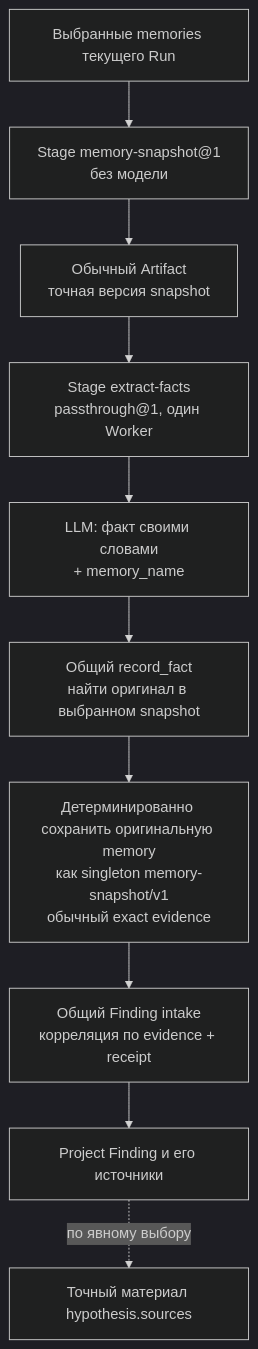
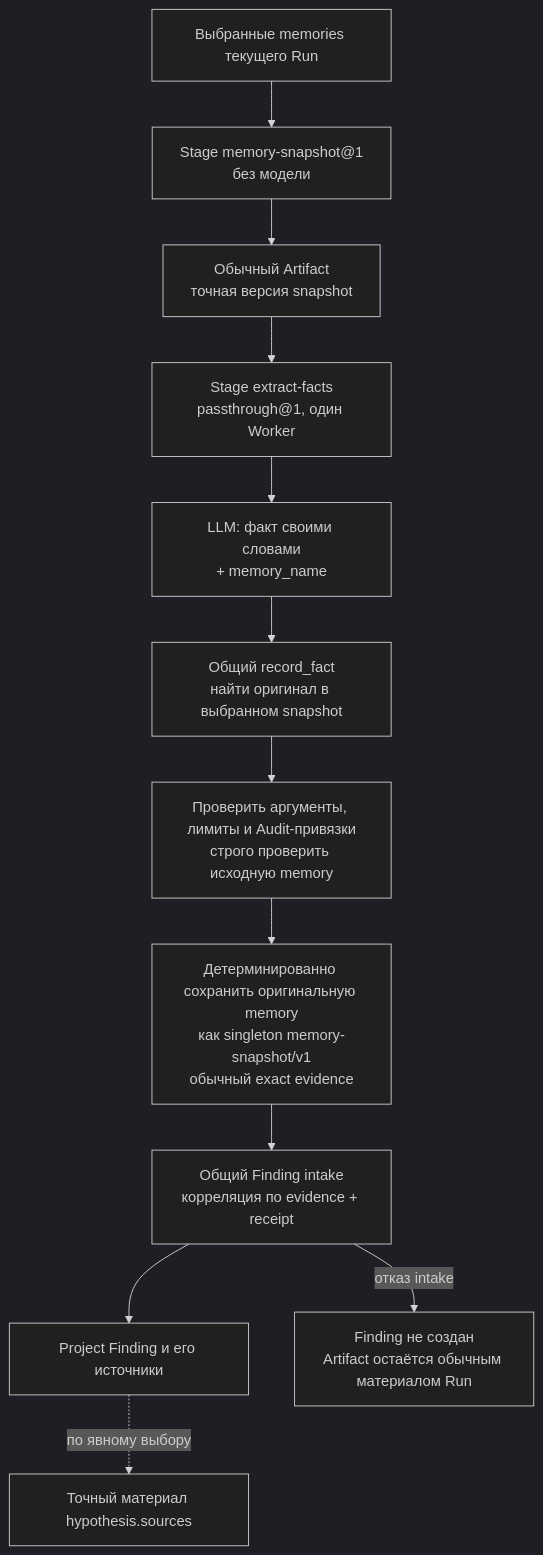
The fourth of 7 diagrams in docs/proposals/0055-project-facts-through-findings.md (grauwolf32/contractor), drawn with Mermaid (dark theme) before and after one commit. The commit also changed other lines of this file and 15 other files, not shown here.

````diff
--- a/docs/proposals/0055-project-facts-through-findings.md
+++ b/docs/proposals/0055-project-facts-through-findings.md
@@ -211,12 +215,14 @@
 ```mermaid
 flowchart TD
     M["Выбранные memories текущего Run"] --> S["Stage memory-snapshot@1<br/>без модели"]
     S --> A["Обычный Artifact<br/>точная версия snapshot"]
     A --> T["Stage extract-facts<br/>passthrough@1, один Worker"]
     T --> W["LLM: факт своими словами<br/>+ memory_name"]
     W --> R["Общий record_fact<br/>найти оригинал в выбранном snapshot"]
-    R --> E["Детерминированно сохранить оригинальную memory<br/>как singleton memory-snapshot/v1<br/>обычный exact evidence"]
+    R --> V["Проверить аргументы, лимиты и Audit-привязки<br/>строго проверить исходную memory"]
+    V --> E["Детерминированно сохранить оригинальную memory<br/>как singleton memory-snapshot/v1<br/>обычный exact evidence"]
     E --> F["Общий Finding intake<br/>корреляция по evidence + receipt"]
     F --> P["Project Finding и его источники"]
+    F -->|"отказ intake"| Q["Finding не создан<br/>Artifact остаётся обычным материалом Run"]
     P -.->|"по явному выбору"| H["Точный материал hypothesis.sources"]
 ```
````
